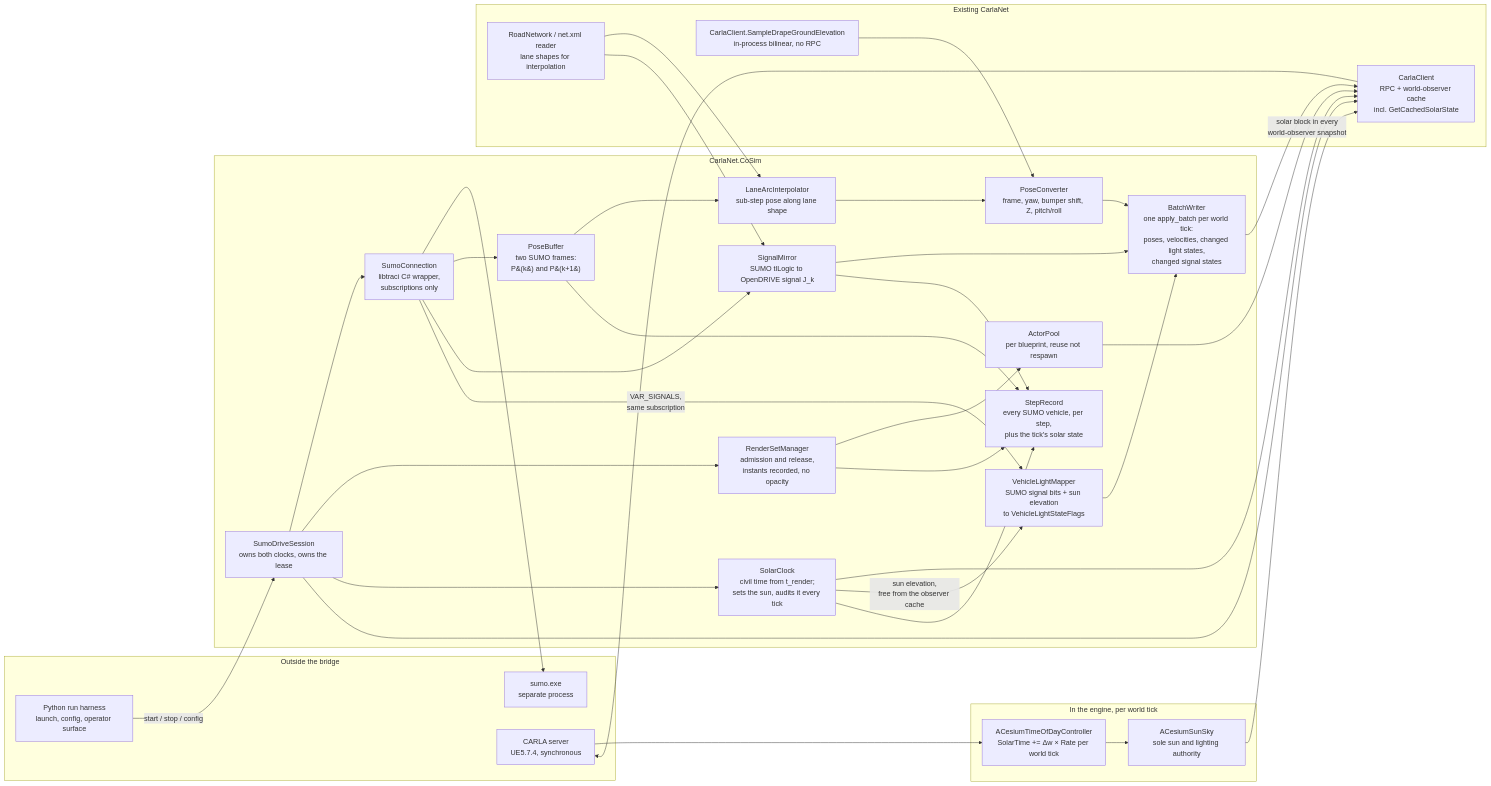
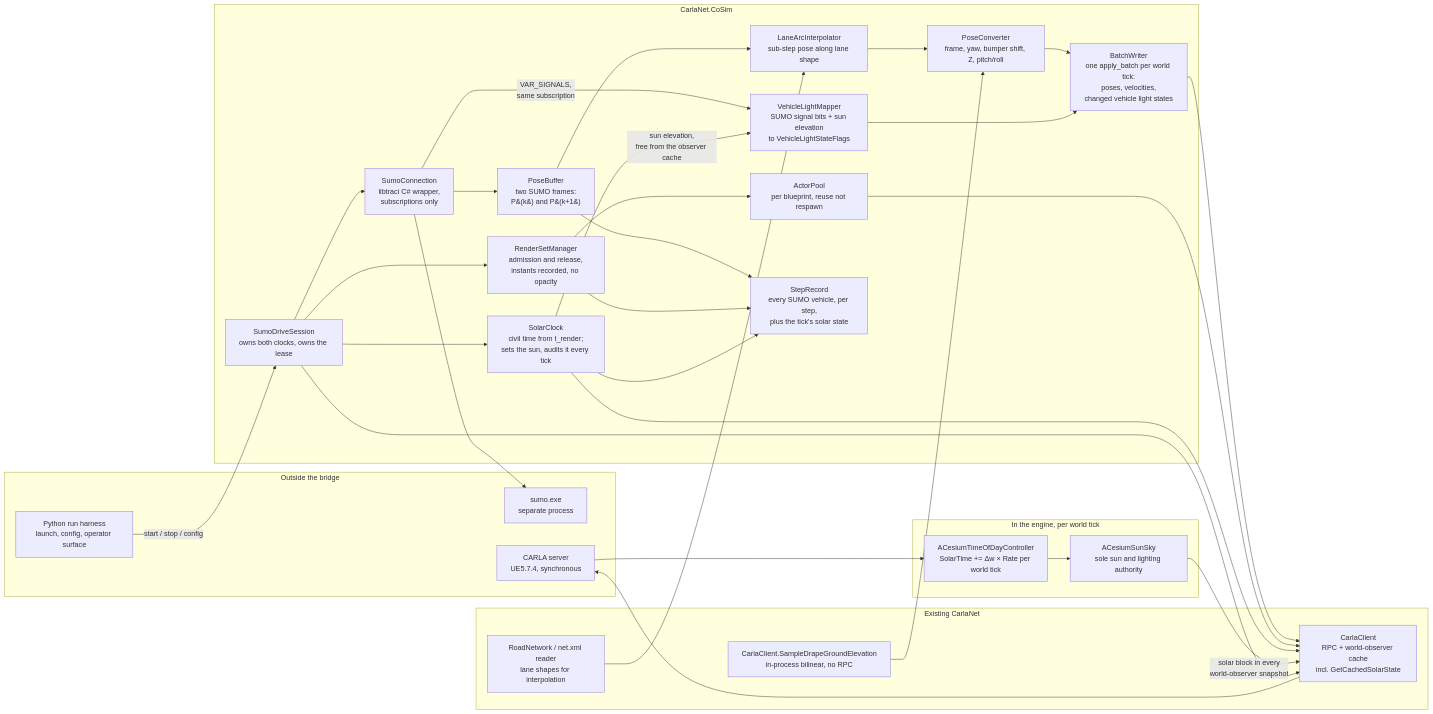
One commit to sbrett9/carla changed the first of 4 diagrams in Docs/CAT_Research/Plans/SUMO_Behavioral_Capture/03_CoSimulation_Runtime.md. Above: the diagram before and after it, drawn with Mermaid. The commit also changed other lines of this file and 14 other files, not shown here.

````diff
--- a/Docs/CAT_Research/Plans/SUMO_Behavioral_Capture/03_CoSimulation_Runtime.md
+++ b/Docs/CAT_Research/Plans/SUMO_Behavioral_Capture/03_CoSimulation_Runtime.md
@@ -77,53 +83,49 @@
 ```mermaid
 flowchart LR
   subgraph ext["Outside the bridge"]
     SUMO["sumo.exe<br/>separate process"]
     SRV["CARLA server<br/>UE5.7.4, synchronous"]
     PY["Python run harness<br/>launch, config, operator surface"]
   end
 
   subgraph cosim["CarlaNet.CoSim"]
     DRV["SumoDriveSession<br/>owns both clocks, owns the lease"]
     CONN["SumoConnection<br/>libtraci C# wrapper,<br/>subscriptions only"]
     BUF["PoseBuffer<br/>two SUMO frames:<br/>P&#40;k&#41; and P&#40;k+1&#41;"]
     INT["LaneArcInterpolator<br/>sub-step pose along lane shape"]
     CONV["PoseConverter<br/>frame, yaw, bumper shift, Z, pitch/roll"]
     POOL["ActorPool<br/>per blueprint, reuse not respawn"]
     RS["RenderSetManager<br/>admission and release,<br/>instants recorded, no opacity"]
     SOL["SolarClock<br/>civil time from t_render;<br/>sets the sun, audits it every tick"]
     LIGHT["VehicleLightMapper<br/>SUMO signal bits + sun elevation<br/>to VehicleLightStateFlags"]
-    WR["BatchWriter<br/>one apply_batch per world tick:<br/>poses, velocities, changed light states,<br/>changed signal states"]
-    TLS["SignalMirror<br/>SUMO tlLogic to OpenDRIVE signal J_k"]
+    WR["BatchWriter<br/>one apply_batch per world tick:<br/>poses, velocities,<br/>changed vehicle light states"]
     REC["StepRecord<br/>every SUMO vehicle, per step,<br/>plus the tick's solar state"]
   end
 
   subgraph deps["Existing CarlaNet"]
     CC["CarlaClient<br/>RPC + world-observer cache<br/>incl. GetCachedSolarState"]
     NET["RoadNetwork / net.xml reader<br/>lane shapes for interpolation"]
     DRAPE["CarlaClient.SampleDrapeGroundElevation<br/>in-process bilinear, no RPC"]
   end
 
   subgraph eng["In the engine, per world tick"]
     TOD["ACesiumTimeOfDayController<br/>SolarTime += Δw × Rate per world tick"]
     SUN["ACesiumSunSky<br/>sole sun and lighting authority"]
   end
 
   PY -->|"start / stop / config"| DRV
   DRV --> CONN --> SUMO
   CONN --> BUF --> INT --> CONV --> WR --> CC --> SRV
-  CONN --> TLS --> WR
   CONN -->|"VAR_SIGNALS,<br/>same subscription"| LIGHT --> WR
   NET --> INT
-  NET --> TLS
   DRAPE --> CONV
   DRV --> RS --> POOL --> CC
   DRV --> SOL --> CC
   SOL -->|"sun elevation,<br/>free from the observer cache"| LIGHT
   SRV --> TOD --> SUN
   SUN -->|"solar block in every<br/>world-observer snapshot"| CC
   BUF --> REC
   RS --> REC
-  TLS --> REC
   SOL --> REC
   DRV --> CC
 ```
````
